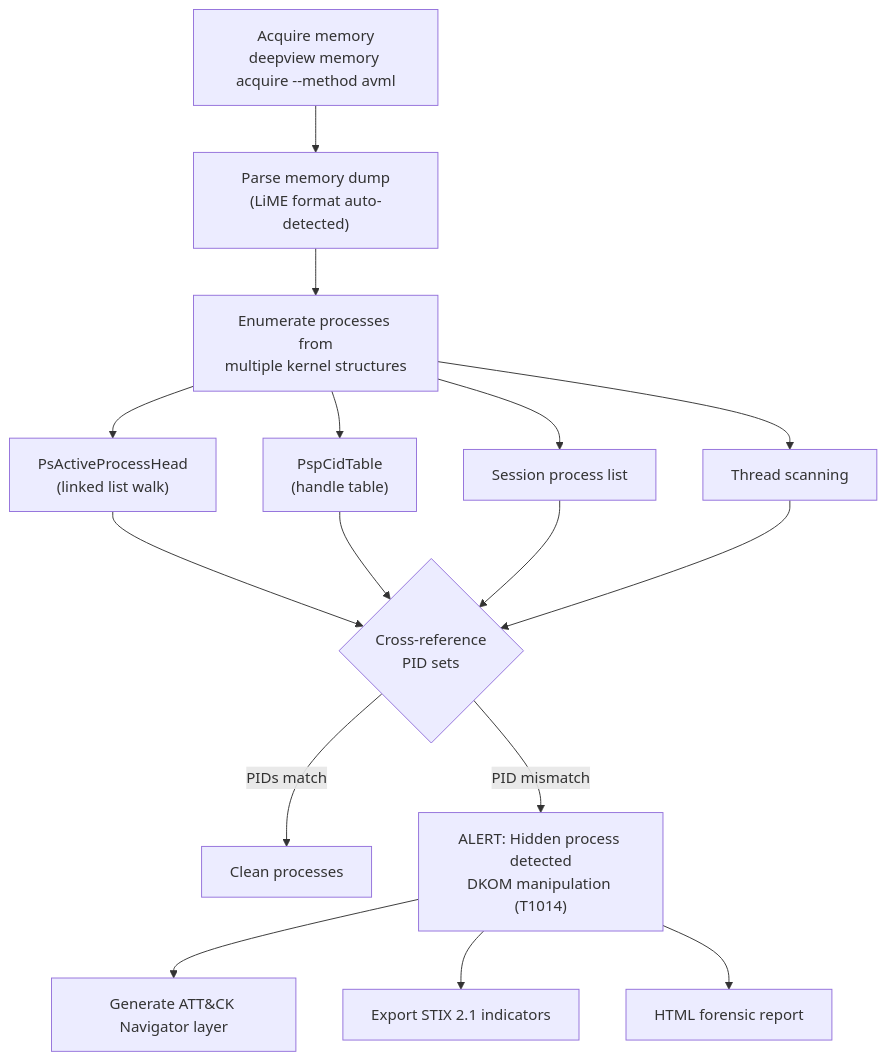
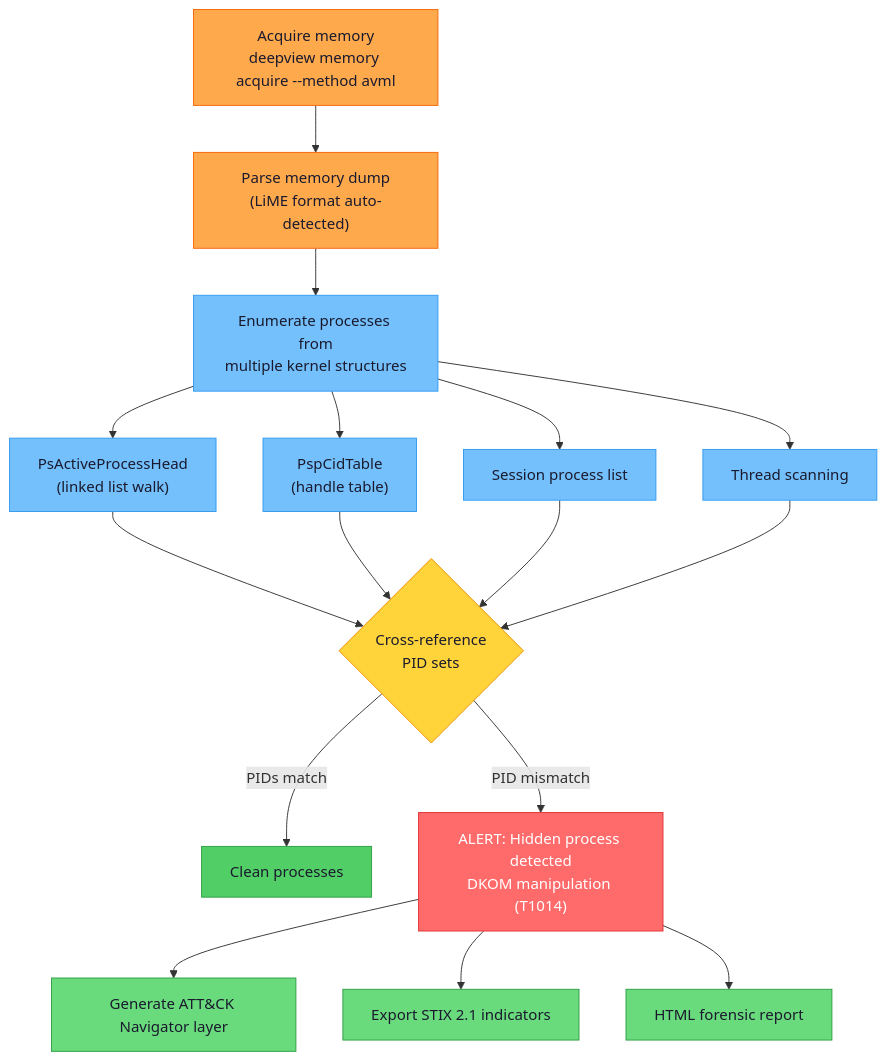
One commit to sonoransun/deepview changed the seventh of 16 diagrams in README.md. Above: the diagram before and after it, drawn with Mermaid. The commit also changed other lines of this file and 47 other files, not shown here.

````diff
--- a/README.md
+++ b/README.md
@@ -437,22 +553,29 @@
 ```mermaid
 flowchart TD
-    A["Acquire memory<br/>deepview memory acquire --method avml"] --> B["Parse memory dump<br/>(LiME format auto-detected)"]
-    B --> C["Enumerate processes from<br/>multiple kernel structures"]
+    A["Acquire memory<br/>deepview memory acquire --method avml"]:::source --> B["Parse memory dump<br/>(LiME format auto-detected)"]:::source
+    B --> C["Enumerate processes from<br/>multiple kernel structures"]:::analysis
 
-    C --> D["PsActiveProcessHead<br/>(linked list walk)"]
-    C --> E["PspCidTable<br/>(handle table)"]
-    C --> F["Session process list"]
-    C --> G["Thread scanning"]
+    C --> D["PsActiveProcessHead<br/>(linked list walk)"]:::analysis
+    C --> E["PspCidTable<br/>(handle table)"]:::analysis
+    C --> F["Session process list"]:::analysis
+    C --> G["Thread scanning"]:::analysis
 
-    D --> H{"Cross-reference<br/>PID sets"}
+    D --> H{"Cross-reference<br/>PID sets"}:::decision
     E --> H
     F --> H
     G --> H
 
-    H -->|PIDs match| I["Clean processes"]
-    H -->|PID mismatch| J["ALERT: Hidden process detected<br/>DKOM manipulation (T1014)"]
+    H -->|PIDs match| I["Clean processes"]:::clean
+    H -->|PID mismatch| J["ALERT: Hidden process detected<br/>DKOM manipulation (T1014)"]:::threat
 
-    J --> K["Generate ATT&CK Navigator layer"]
-    J --> L["Export STIX 2.1 indicators"]
-    J --> M["HTML forensic report"]
+    J --> K["Generate ATT&CK Navigator layer"]:::report
+    J --> L["Export STIX 2.1 indicators"]:::report
+    J --> M["HTML forensic report"]:::report
+
+    classDef source fill:#ffa94d,stroke:#f76707,color:#1a1a2e
+    classDef analysis fill:#74c0fc,stroke:#339af0,color:#1a1a2e
+    classDef decision fill:#ffd43b,stroke:#f08c00,color:#1a1a2e
+    classDef clean fill:#51cf66,stroke:#2f9e44,color:#1a1a2e
+    classDef threat fill:#ff6b6b,stroke:#e03131,color:#fff
+    classDef report fill:#69db7c,stroke:#2f9e44,color:#1a1a2e
 ```
````
